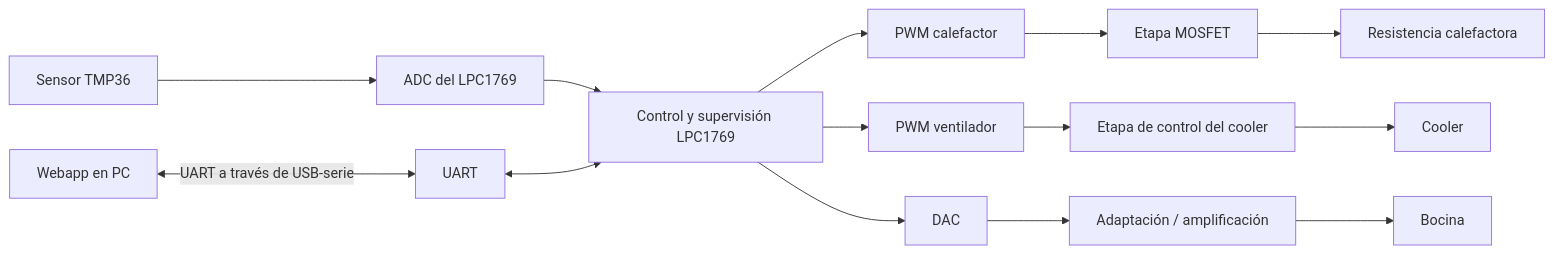
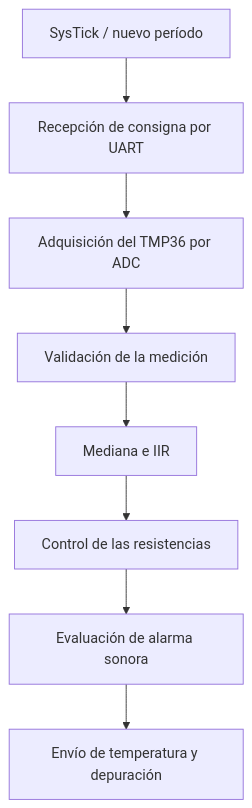
One commit to maximourquiza/Sistema-de-Control-Termico-para-Incubadora-Neonatal-a-Escala changed the diagram in README.md. Above: the diagram before and after it, drawn with Mermaid. The commit also changed other lines of this file and 28 other files, not shown here.

````diff
--- a/README.md
+++ b/README.md
@@ -56,16 +130,10 @@
 ```mermaid
-flowchart LR
-    TMP36[Sensor TMP36] --> ADC[ADC del LPC1769]
-    ADC --> MCU[Control y supervisión LPC1769]
-    WEB[Webapp en PC] <-->|UART a través de USB-serie| UART[UART]
-    UART <--> MCU
-    MCU --> PWMH[PWM calefactor]
-    PWMH --> MOSH[Etapa MOSFET]
-    MOSH --> HEAT[Resistencia calefactora]
-    MCU --> PWMF[PWM ventilador]
-    PWMF --> DRVF[Etapa de control del cooler]
-    DRVF --> FAN[Cooler]
-    MCU --> DAC[DAC]
-    DAC --> AMP[Adaptación / amplificación]
-    AMP --> SOUND[Bocina]
+flowchart TD
+    A[SysTick / nuevo período] --> B[Recepción de consigna por UART]
+    B --> C[Adquisición del TMP36 por ADC]
+    C --> D[Validación de la medición]
+    D --> E[Mediana e IIR]
+    E --> F[Control de las resistencias]
+    F --> G[Evaluación de alarma sonora]
+    G --> H[Envío de temperatura y depuración]
 ```
````
